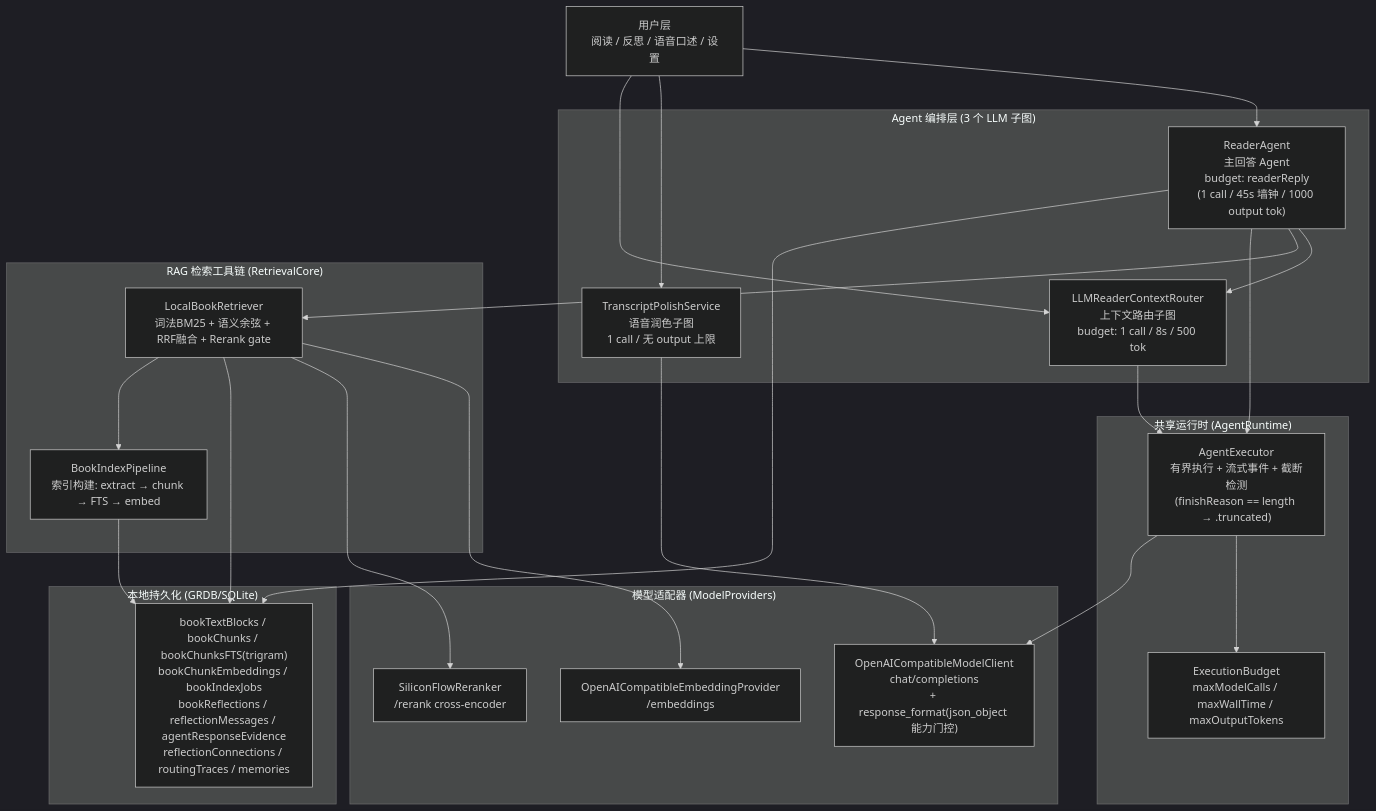
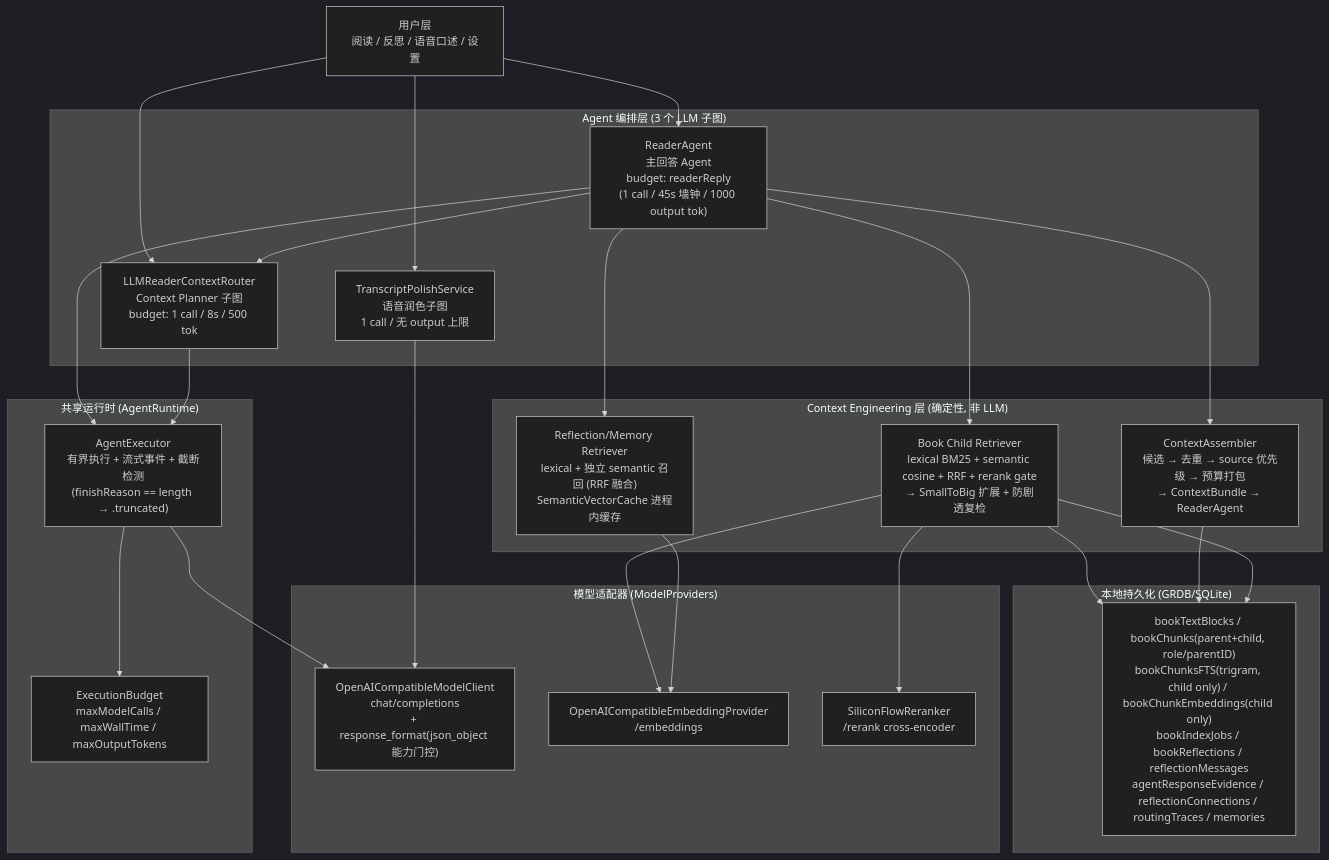
One commit to freecodetiger/Elsepage changed the first of 5 diagrams in ARCHITECTURE.md. Above: the diagram before and after it, drawn with Mermaid (dark theme). The commit also changed other lines of this file and 7 other files, not shown here.

First line of the commit message:
feat(observability): context-pipeline metrics + updated architecture doc

````diff
--- a/ARCHITECTURE.md
+++ b/ARCHITECTURE.md
@@ -11,51 +11,53 @@
 ```mermaid
 flowchart TD
     UI["用户层<br/>阅读 / 反思 / 语音口述 / 设置"]
 
     subgraph AGENTS["Agent 编排层 (3 个 LLM 子图)"]
         RA["ReaderAgent<br/>主回答 Agent<br/>budget: readerReply<br/>(1 call / 45s 墙钟 / 1000 output tok)"]
-        ROUTER["LLMReaderContextRouter<br/>上下文路由子图<br/>budget: 1 call / 8s / 500 tok"]
+        ROUTER["LLMReaderContextRouter<br/>Context Planner 子图<br/>budget: 1 call / 8s / 500 tok"]
         POLISH["TranscriptPolishService<br/>语音润色子图<br/>1 call / 无 output 上限"]
+    end
+
+    subgraph CTX["Context Engineering 层 (确定性, 非 LLM)"]
+        RET["Book Child Retriever<br/>lexical BM25 + semantic cosine + RRF + rerank gate<br/>→ SmallToBig 扩展 + 防剧透复检"]
+        HYB["Reflection/Memory Retriever<br/>lexical + 独立 semantic 召回 (RRF 融合)<br/>SemanticVectorCache 进程内缓存"]
+        ASM["ContextAssembler<br/>候选 → 去重 → source 优先级 → 预算打包<br/>→ ContextBundle → ReaderAgent"]
     end
 
     subgraph RUNTIME["共享运行时 (AgentRuntime)"]
         EXEC["AgentExecutor<br/>有界执行 + 流式事件 + 截断检测<br/>(finishReason == length → .truncated)"]
         BUDGET["ExecutionBudget<br/>maxModelCalls / maxWallTime / maxOutputTokens"]
-    end
-
-    subgraph RAG["RAG 检索工具链 (RetrievalCore)"]
-        RET["LocalBookRetriever<br/>词法BM25 + 语义余弦 + RRF融合 + Rerank gate"]
-        IDX["BookIndexPipeline<br/>索引构建: extract → chunk → FTS → embed"]
     end
 
     subgraph PROV["模型适配器 (ModelProviders)"]
         CHAT["OpenAICompatibleModelClient<br/>chat/completions<br/>+ response_format(json_object 能力门控)"]
         EMB["OpenAICompatibleEmbeddingProvider<br/>/embeddings"]
         RERANK["SiliconFlowReranker<br/>/rerank cross-encoder"]
     end
 
     subgraph DB["本地持久化 (GRDB/SQLite)"]
-        PERS["bookTextBlocks / bookChunks / bookChunksFTS(trigram)<br/>bookChunkEmbeddings / bookIndexJobs<br/>bookReflections / reflectionMessages / agentResponseEvidence<br/>reflectionConnections / routingTraces / memories"]
+        PERS["bookTextBlocks / bookChunks(parent+child, role/parentID)<br/>bookChunksFTS(trigram, child only) / bookChunkEmbeddings(child only)<br/>bookIndexJobs / bookReflections / reflectionMessages<br/>agentResponseEvidence / reflectionConnections / routingTraces / memories"]
     end
 
     UI --> RA
     UI --> POLISH
     UI --> ROUTER
 
     RA --> ROUTER
     RA --> RET
+    RA --> HYB
+    RA --> ASM
     RA --> EXEC
     ROUTER --> EXEC
     POLISH --> CHAT
 
     EXEC --> BUDGET
     EXEC --> CHAT
 
     RET --> EMB
     RET --> RERANK
     RET --> PERS
-    IDX --> PERS
-    RET --> IDX
-
-    RA --> PERS
+    HYB --> EMB
+    ASM --> PERS
+    RET --> PERS
 ```
````
